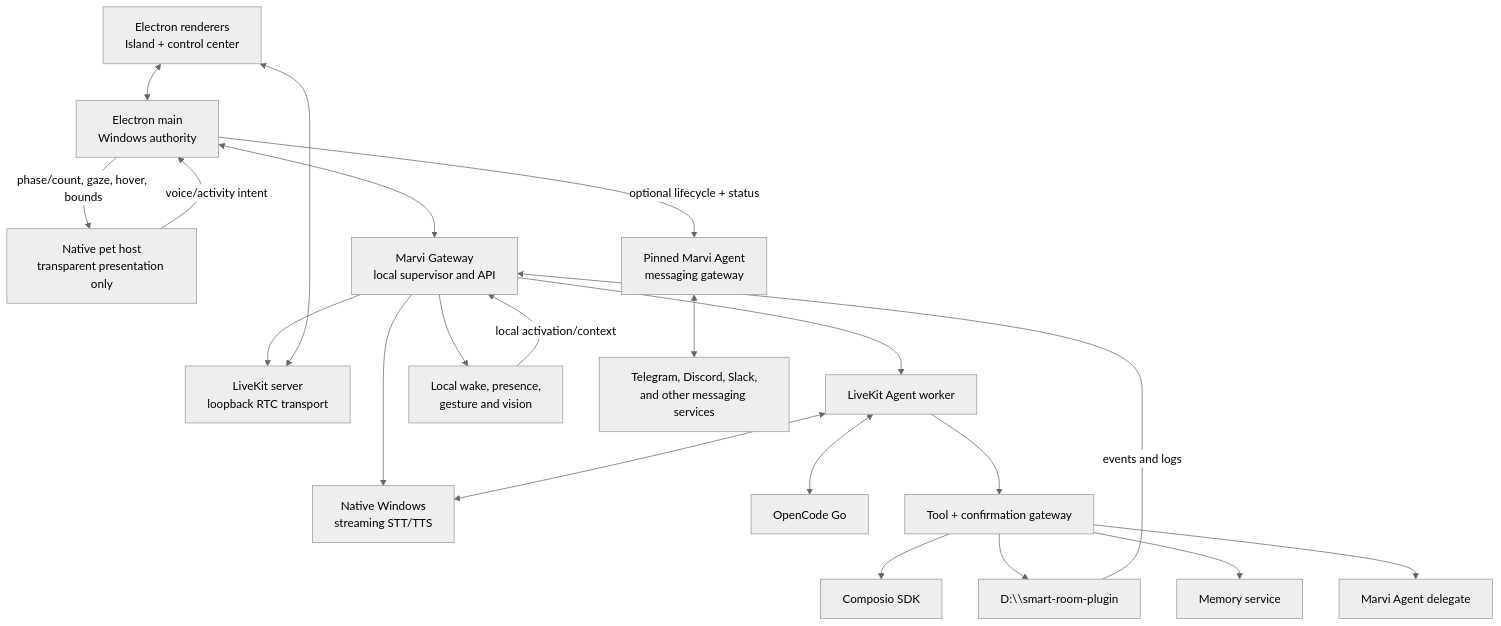
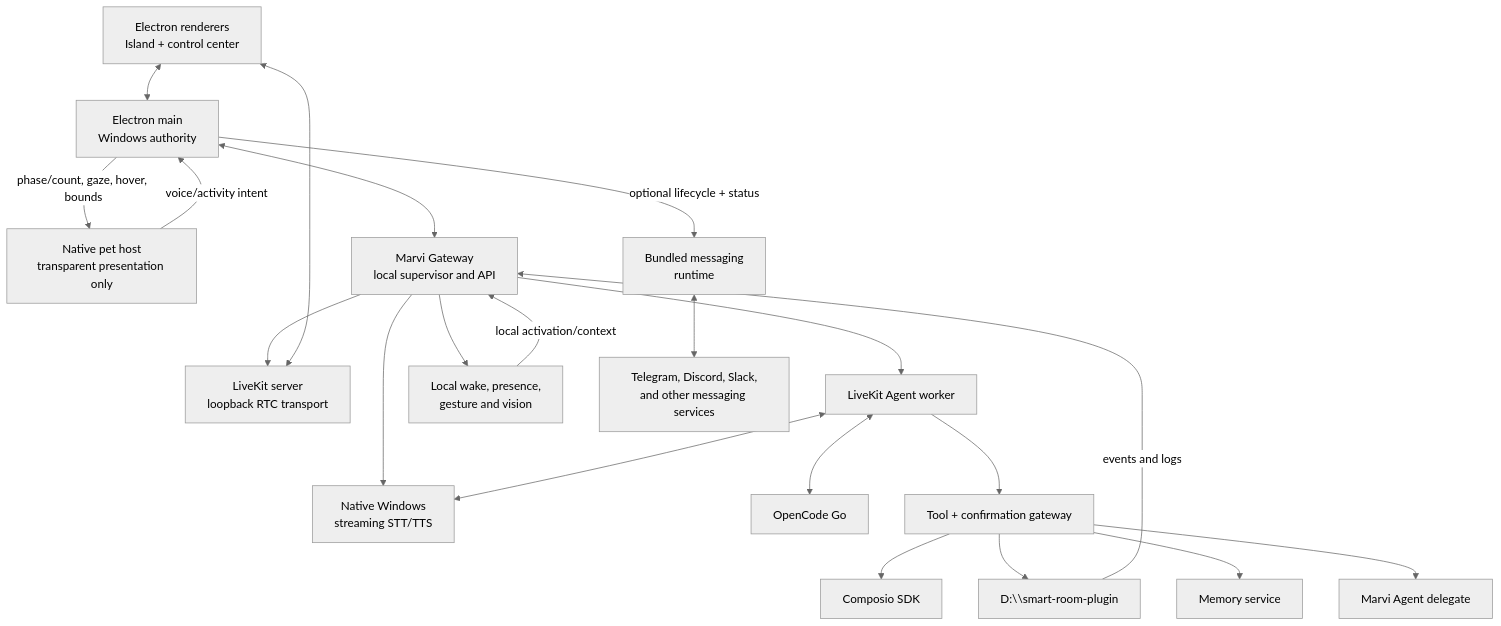
Before and after one commit to xRetr00/Marvi-OS: the diagram in docs/ARCHITECTURE.md, drawn with Mermaid (neutral theme). The commit also changed other lines of this file and 9411 other files, not shown here.

Commit message:
fix: vendor standalone messaging runtime

````diff
--- a/docs/ARCHITECTURE.md
+++ b/docs/ARCHITECTURE.md
@@ -11,40 +11,40 @@
 ```mermaid
 flowchart TB
     UI["Electron renderers<br/>Island + control center"]
     Main["Electron main<br/>Windows authority"]
     Pet["Native pet host<br/>transparent presentation only"]
     Gateway["Marvi Gateway<br/>local supervisor and API"]
     LK["LiveKit server<br/>loopback RTC transport"]
     Agent["LiveKit Agent worker"]
     Voice["Native Windows<br/>streaming STT/TTS"]
     Sensors["Local wake, presence,<br/>gesture and vision"]
     LLM["OpenCode Go"]
     Tools["Tool + confirmation gateway"]
     Composio["Composio SDK"]
     Room["D:\\smart-room-plugin"]
     Memory["Memory service"]
     Deep["Marvi Agent delegate"]
-    Messaging["Pinned Marvi Agent<br/>messaging gateway"]
+    Messaging["Bundled messaging<br/>runtime"]
     Channels["Telegram, Discord, Slack,<br/>and other messaging services"]
 
     UI <--> Main
     Main -->|phase/count, gaze, hover, bounds| Pet
     Pet -->|voice/activity intent| Main
     Main <--> Gateway
     Gateway --> LK
     Gateway --> Agent
     Gateway --> Voice
     Gateway --> Sensors
     UI <--> LK
     Agent <--> Voice
     Agent <--> LLM
     Agent --> Tools
     Tools --> Composio
     Tools --> Room
     Tools --> Memory
     Tools --> Deep
     Main -->|optional lifecycle + status| Messaging
     Messaging <--> Channels
     Room -->|events and logs| Gateway
     Sensors -->|local activation/context| Gateway
 ```
````
